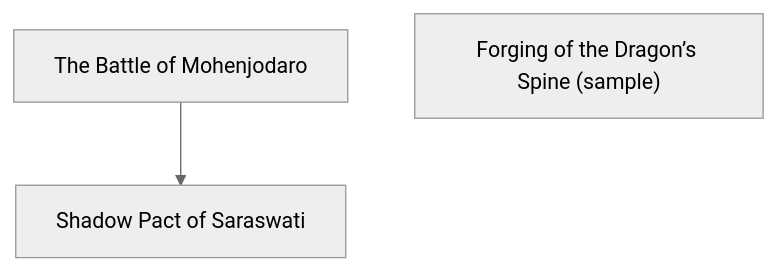
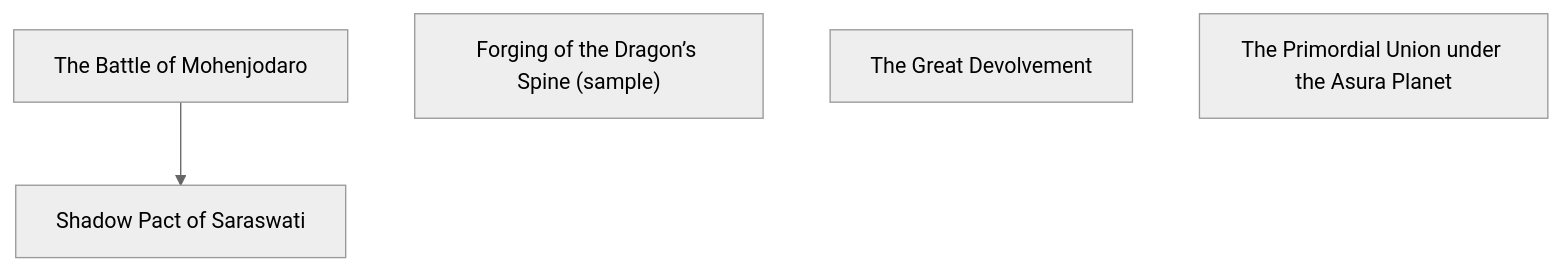
Before and after one commit to lordlebu/SouthOfTethys: the second of 6 diagrams in docs/atlas.md, drawn with Mermaid (neutral theme). The commit also changed other lines of this file and 47 other files, not shown here.

````diff
--- a/docs/atlas.md
+++ b/docs/atlas.md
@@ -74,7 +74,9 @@
 ```mermaid
 graph TD
     E0["The Battle of Mohenjodaro"]
     E1["Forging of the Dragon’s Spine (sample)"]
-    E2["Shadow Pact of Saraswati"]
-    E0 --> E2
+    E2["The Great Devolvement"]
+    E3["Shadow Pact of Saraswati"]
+    E4["The Primordial Union under the Asura Planet"]
+    E0 --> E3
 ```
````
